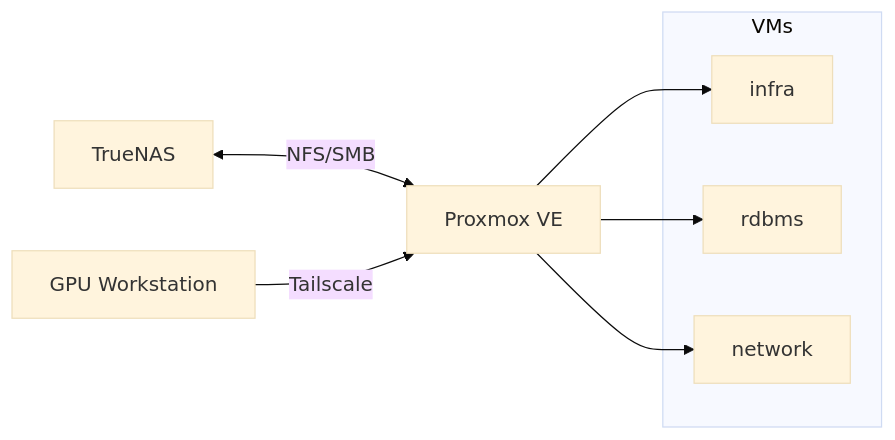
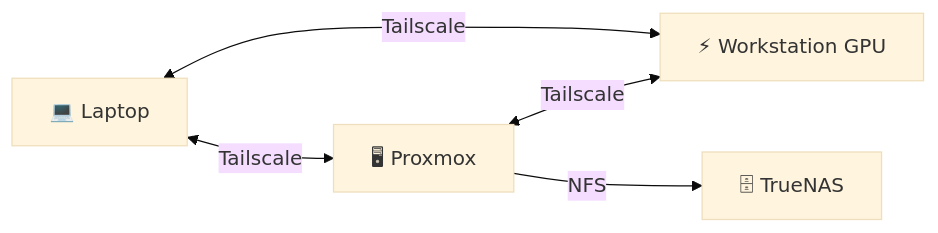
The first of 7 diagrams in README.md (KamalChafik/homelab-2.0), drawn with Mermaid (base theme) before and after one commit. The commit also changed other lines of this file, not shown here.

Commit message:
fix mermeid for smb and nfs

````diff
--- a/README.md
+++ b/README.md
@@ -46,19 +44,13 @@
 ```mermaid
 flowchart LR
-    TN[TrueNAS]
-    PX[Proxmox VE]
-    PC[GPU Workstation]
+    Laptop[💻 Laptop]
+    PX[🖥 Proxmox]
+    TN[🗄 TrueNAS]
+    PC[⚡ Workstation GPU]
 
-    subgraph VMS[VMs]
-        INFRA[infra]
-        RDBMS[rdbms]
-        NET[network]
-    end
+    Laptop <-->|Tailscale| PX
+    Laptop <-->|Tailscale| PC
+    PX <-->|Tailscale| PC
 
-    TN <-- NFS/SMB --> PX
-    PX --> INFRA
-    PX --> RDBMS
-    PX --> NET
-
-    PC -->|Tailscale| PX
+    PX -->|NFS| TN
 ```
````
